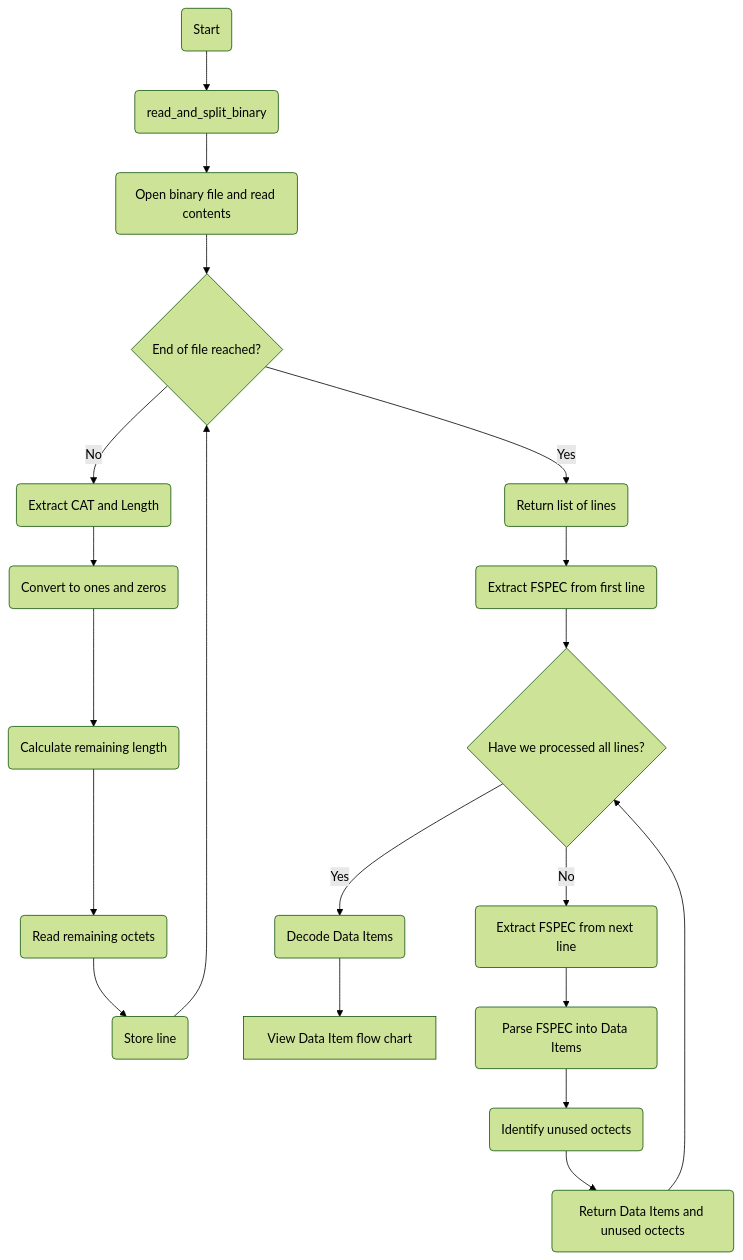
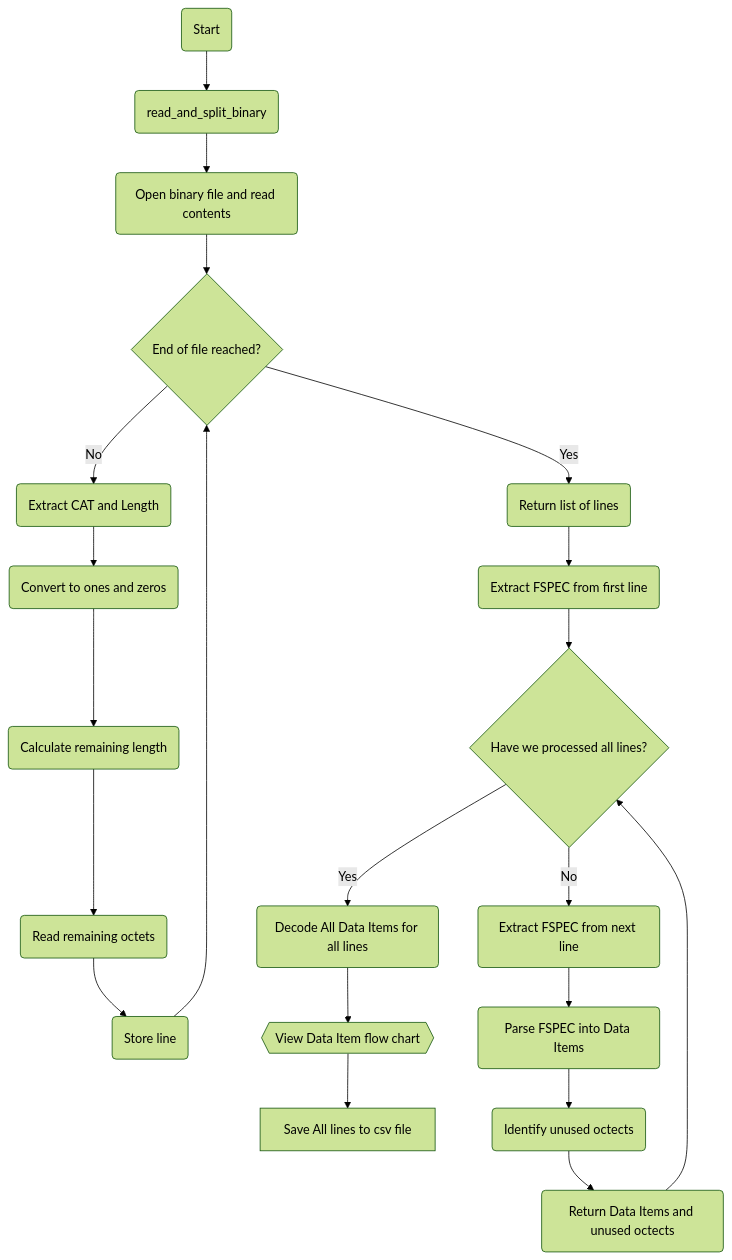
Before and after one commit to Robertguarneros/AsterixProject: the first of 2 diagrams in README.md, drawn with Mermaid (forest theme).

````diff
--- a/README.md
+++ b/README.md
@@ -47,22 +47,23 @@
 ```mermaid
 flowchart TD
     A(Start) --> B(read_and_split_binary)
     B --> C(Open binary file and read contents)
     C --> D{End of file reached?}
     D --> |Yes| E(Return list of lines)
     D --> |No| F(Extract CAT and Length)
     F --> G(Convert to ones and zeros)
     G --> H(Calculate remaining length)
     H --> I(Read remaining octets)
     I --> J(Store line)
     J --> D
     E --> E1(Extract FSPEC from first line)
     E1 --> K{Have we processed all lines?}
-    K --> |Yes| R(Decode Data Items)
-    R -->  X[View Data Item flow chart]
+    K --> |Yes| R(Decode All Data Items for all lines)
+    R -->  X{{View Data Item flow chart}}
+    X --> Z[Save All lines to csv file]
     K --> |No|L(Extract FSPEC from next line)
     L --> M(Parse FSPEC into Data Items)
     M --> N(Identify unused octects)
     N --> O(Return Data Items and unused octects)
     O --> K
 ```
````
